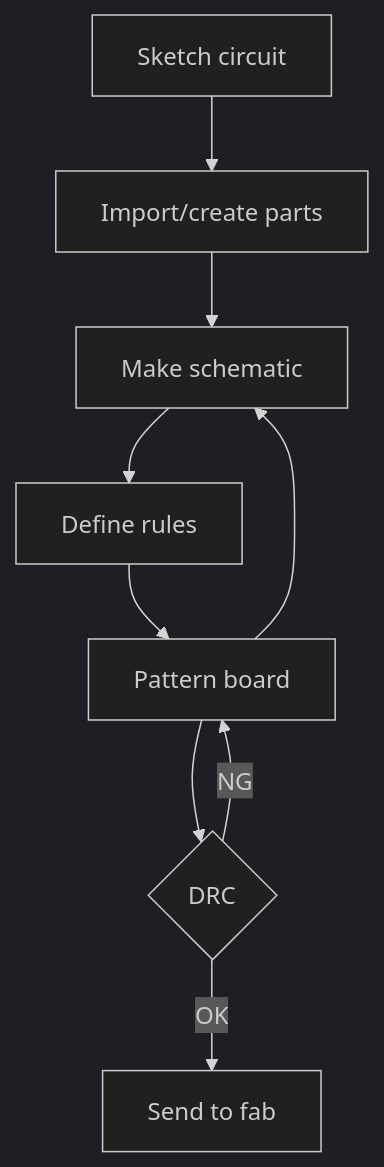
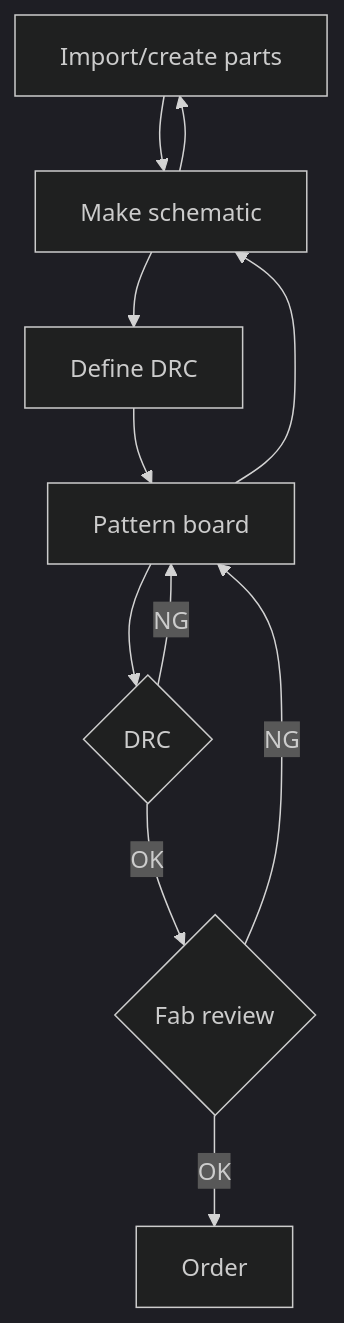
Before and after one commit to t-sasatani/KiCAD-tutorial: the diagram in README.md, drawn with Mermaid (dark theme). The commit also changed other lines of this file, not shown here.

````diff
--- a/README.md
+++ b/README.md
@@ -26,11 +25,13 @@
 ```mermaid
 flowchart TD
-    A[Sketch circuit] --> B[Import/create parts]
-    B --> C[Make schematic]
-    C --> G[Define rules]
+    B[Import/create parts] --> C[Make schematic]
+    C --> B
+    C --> G[Define DRC]
     G --> D[Pattern board]
     D --> C
     D --> E{DRC}
     E --> |NG| D
-    E --> |OK| F[Send to fab]
+    E --> |OK| F{Fab review}
+    F --> |NG| D
+    F --> |OK| H[Order]
 ```
````
